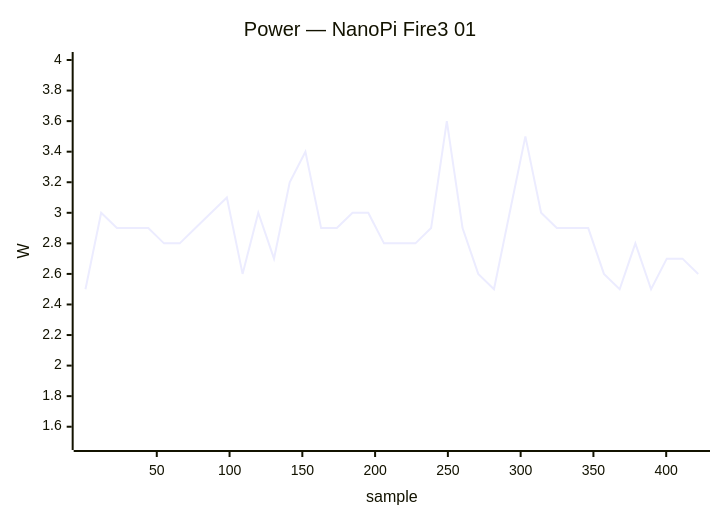
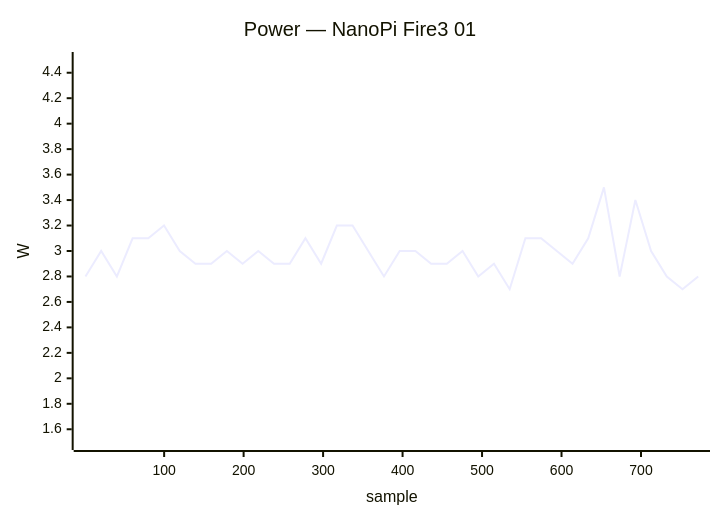
One commit to armbian/documentation changed diagram 15 of 48 in docs/status/board-tests.md. Above: the diagram before and after it, drawn with Mermaid. The commit also changed other lines of this file, not shown here.

````diff
--- a/docs/status/board-tests.md
+++ b/docs/status/board-tests.md
@@ -620,7 +751,7 @@
 ```mermaid
 xychart-beta
     title "Power — NanoPi Fire3 01"
-    x-axis "sample" 1 --> 422
-    y-axis "W" 1.5 --> 4.0
-    line [2.5, 3.0, 2.9, 2.9, 2.9, 2.8, 2.8, 2.9, 3.0, 3.1, 2.6, 3.0, 2.7, 3.2, 3.4, 2.9, 2.9, 3.0, 3.0, 2.8, 2.8, 2.8, 2.9, 3.6, 2.9, 2.6, 2.5, 3.0, 3.5, 3.0, 2.9, 2.9, 2.9, 2.6, 2.5, 2.8, 2.5, 2.7, 2.7, 2.6]
+    x-axis "sample" 1 --> 772
+    y-axis "W" 1.5 --> 4.5
+    line [2.8, 3.0, 2.8, 3.1, 3.1, 3.2, 3.0, 2.9, 2.9, 3.0, 2.9, 3.0, 2.9, 2.9, 3.1, 2.9, 3.2, 3.2, 3.0, 2.8, 3.0, 3.0, 2.9, 2.9, 3.0, 2.8, 2.9, 2.7, 3.1, 3.1, 3.0, 2.9, 3.1, 3.5, 2.8, 3.4, 3.0, 2.8, 2.7, 2.8]
 ```
````
